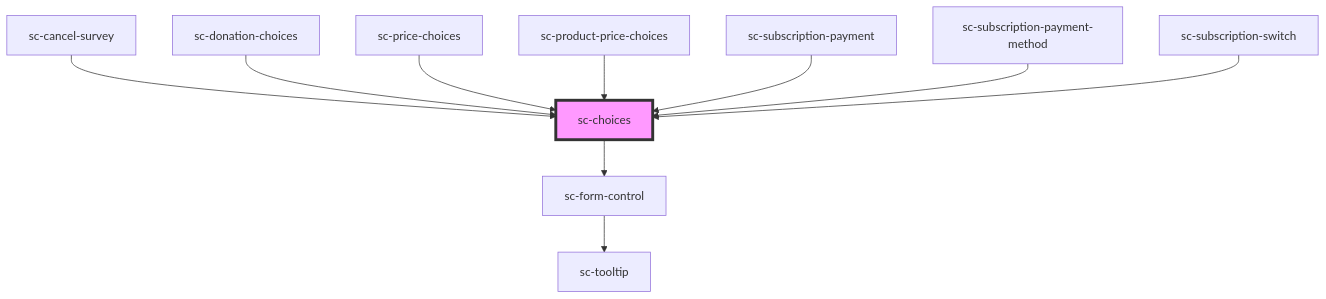
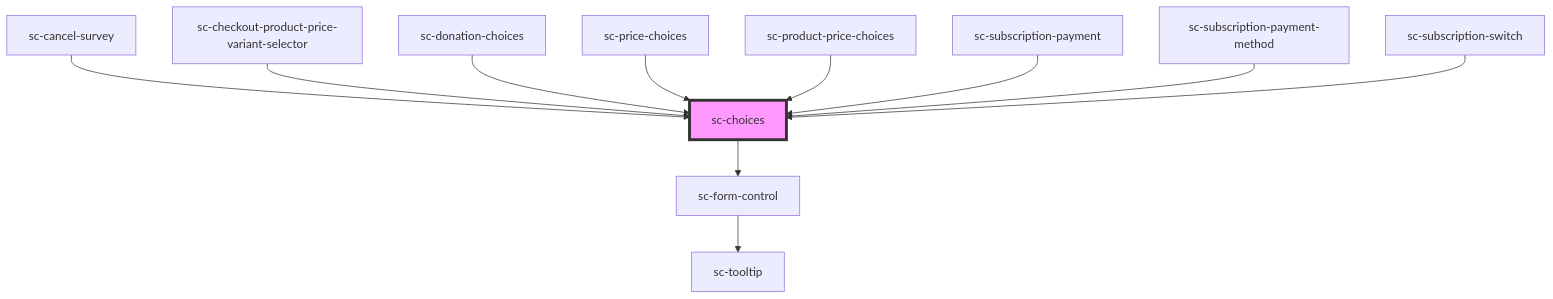
The diagram in packages/components/src/components/ui/choices/readme.md (surecart/surecart-wp-plugin), drawn with Mermaid before and after one commit. The commit also changed other lines of this file and 29 other files, not shown here.

````diff
--- a/packages/components/src/components/ui/choices/readme.md
+++ b/packages/components/src/components/ui/choices/readme.md
@@ -64,13 +65,14 @@
 ```mermaid
 graph TD;
   sc-choices --> sc-form-control
   sc-form-control --> sc-tooltip
   sc-cancel-survey --> sc-choices
+  sc-checkout-product-price-variant-selector --> sc-choices
   sc-donation-choices --> sc-choices
   sc-price-choices --> sc-choices
   sc-product-price-choices --> sc-choices
   sc-subscription-payment --> sc-choices
   sc-subscription-payment-method --> sc-choices
   sc-subscription-switch --> sc-choices
   style sc-choices fill:#f9f,stroke:#333,stroke-width:4px
 ```
````
